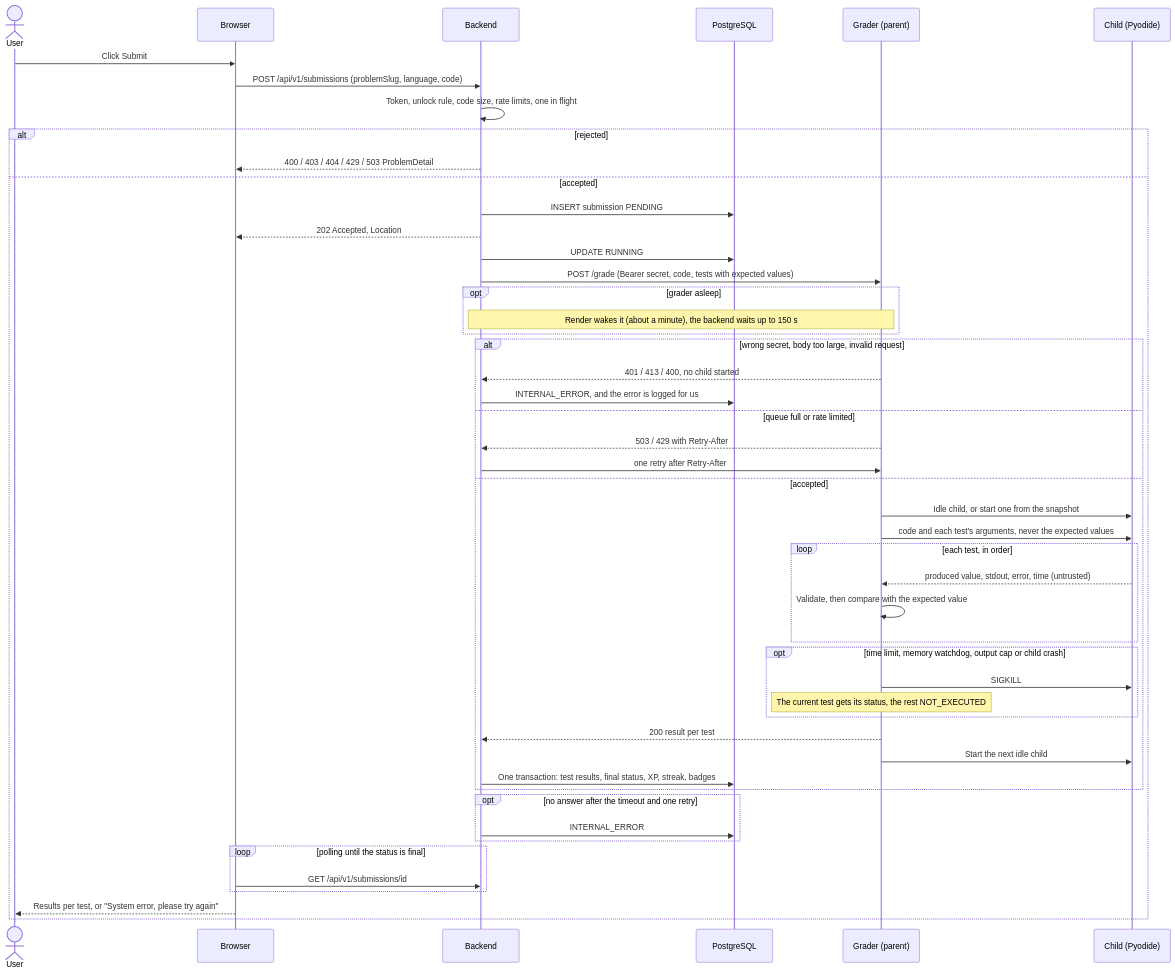
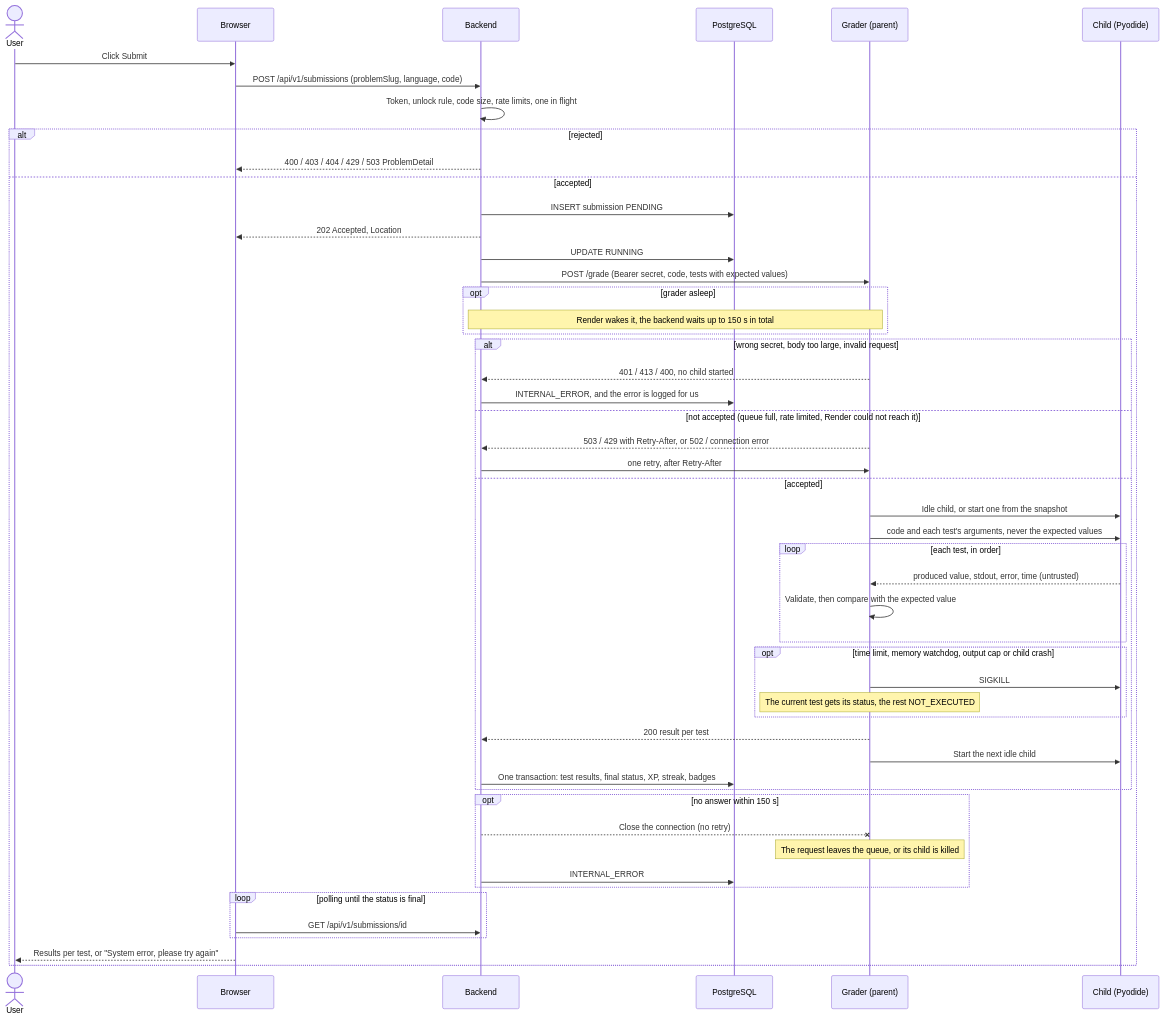
One commit to Kerolly/software_engineering_II changed the diagram in docs/design/grader.md. Above: the diagram before and after it, drawn with Mermaid. The commit also changed other lines of this file and 4 other files, not shown here.

````diff
--- a/docs/design/grader.md
+++ b/docs/design/grader.md
@@ -18,52 +19,54 @@
 ```mermaid
 sequenceDiagram
     actor User
     participant B as Browser
     participant API as Backend
     participant DB as PostgreSQL
     participant G as Grader (parent)
     participant C as Child (Pyodide)
 
     User->>B: Click Submit
     B->>API: POST /api/v1/submissions (problemSlug, language, code)
     API->>API: Token, unlock rule, code size, rate limits, one in flight
     alt rejected
         API-->>B: 400 / 403 / 404 / 429 / 503 ProblemDetail
     else accepted
         API->>DB: INSERT submission PENDING
         API-->>B: 202 Accepted, Location
         API->>DB: UPDATE RUNNING
         API->>G: POST /grade (Bearer secret, code, tests with expected values)
         opt grader asleep
-            Note over API,G: Render wakes it (about a minute), the backend waits up to 150 s
+            Note over API,G: Render wakes it, the backend waits up to 150 s in total
         end
         alt wrong secret, body too large, invalid request
             G-->>API: 401 / 413 / 400, no child started
             API->>DB: INTERNAL_ERROR, and the error is logged for us
-        else queue full or rate limited
-            G-->>API: 503 / 429 with Retry-After
-            API->>G: one retry after Retry-After
+        else not accepted (queue full, rate limited, Render could not reach it)
+            G-->>API: 503 / 429 with Retry-After, or 502 / connection error
+            API->>G: one retry, after Retry-After
         else accepted
             G->>C: Idle child, or start one from the snapshot
             G->>C: code and each test's arguments, never the expected values
             loop each test, in order
                 C-->>G: produced value, stdout, error, time (untrusted)
                 G->>G: Validate, then compare with the expected value
             end
             opt time limit, memory watchdog, output cap or child crash
                 G->>C: SIGKILL
                 Note over G: The current test gets its status, the rest NOT_EXECUTED
             end
             G-->>API: 200 result per test
             G->>C: Start the next idle child
             API->>DB: One transaction: test results, final status, XP, streak, badges
         end
-        opt no answer after the timeout and one retry
+        opt no answer within 150 s
+            API--xG: Close the connection (no retry)
+            Note over G: The request leaves the queue, or its child is killed
             API->>DB: INTERNAL_ERROR
         end
         loop polling until the status is final
             B->>API: GET /api/v1/submissions/id
         end
         B-->>User: Results per test, or "System error, please try again"
     end
 ```
````
